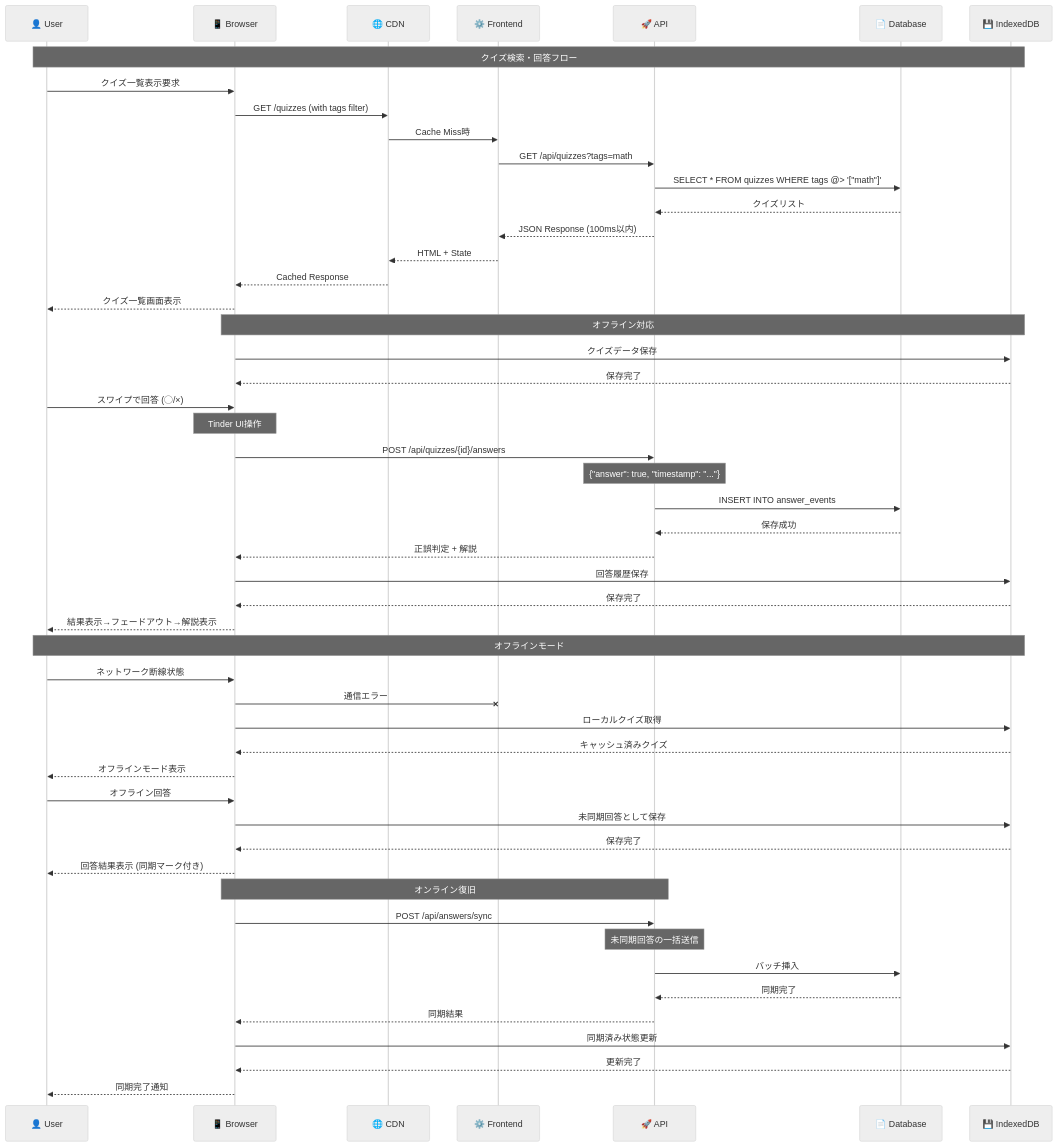
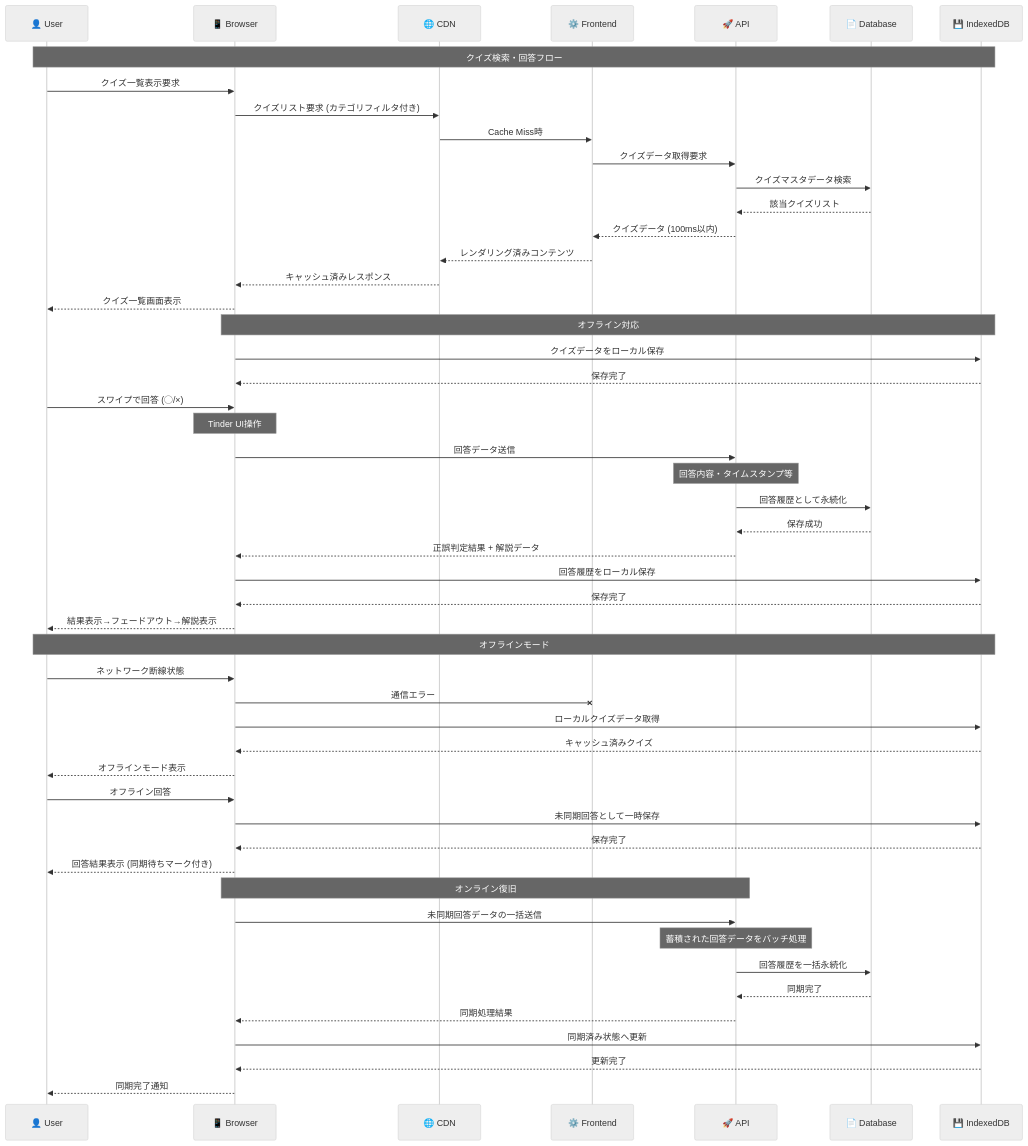
The diagram in docs/project/architecture/diagrams/quiz-flow.md (tanacchi/your-quiz), drawn with Mermaid (neutral theme) before and after one commit. The commit also changed 7 other files, not shown here.

````diff
--- a/docs/project/architecture/diagrams/quiz-flow.md
+++ b/docs/project/architecture/diagrams/quiz-flow.md
@@ -9,66 +9,66 @@
 ```mermaid
 sequenceDiagram
     participant U as 👤 User
     participant B as 📱 Browser
     participant C as 🌐 CDN
     participant F as ⚙️ Frontend
     participant A as 🚀 API
     participant D as 📄 Database
     participant I as 💾 IndexedDB
 
     Note over U,I: クイズ検索・回答フロー
 
     %% 1. クイズ一覧取得
     U->>B: クイズ一覧表示要求
-    B->>C: GET /quizzes (with tags filter)
+    B->>C: クイズリスト要求 (カテゴリフィルタ付き)
     C->>F: Cache Miss時
-    F->>A: GET /api/quizzes?tags=math
-    A->>D: SELECT * FROM quizzes WHERE tags @> '["math"]'
-    D-->>A: クイズリスト
-    A-->>F: JSON Response (100ms以内)
-    F-->>C: HTML + State
-    C-->>B: Cached Response
+    F->>A: クイズデータ取得要求
+    A->>D: クイズマスタデータ検索
+    D-->>A: 該当クイズリスト
+    A-->>F: クイズデータ (100ms以内)
+    F-->>C: レンダリング済みコンテンツ
+    C-->>B: キャッシュ済みレスポンス
     B-->>U: クイズ一覧画面表示
 
     %% 2. オフライン対応 (事前ダウンロード)
     Note over B,I: オフライン対応
-    B->>I: クイズデータ保存
+    B->>I: クイズデータをローカル保存
     I-->>B: 保存完了
 
     %% 3. クイズ回答
     U->>B: スワイプで回答 (◯/×)
     Note over B: Tinder UI操作
-    B->>A: POST /api/quizzes/{id}/answers
-    Note over A: {"answer": true, "timestamp": "..."}
-    A->>D: INSERT INTO answer_events
+    B->>A: 回答データ送信
+    Note over A: 回答内容・タイムスタンプ等
+    A->>D: 回答履歴として永続化
     D-->>A: 保存成功
-    A-->>B: 正誤判定 + 解説
-    B->>I: 回答履歴保存
+    A-->>B: 正誤判定結果 + 解説データ
+    B->>I: 回答履歴をローカル保存
     I-->>B: 保存完了
     B-->>U: 結果表示→フェードアウト→解説表示
 
     %% 4. オフライン時の動作
     Note over U,I: オフラインモード
     U->>B: ネットワーク断線状態
     B-xF: 通信エラー
-    B->>I: ローカルクイズ取得
+    B->>I: ローカルクイズデータ取得
     I-->>B: キャッシュ済みクイズ
     B-->>U: オフラインモード表示
 
     %% 5. 回答 (オフライン)
     U->>B: オフライン回答
-    B->>I: 未同期回答として保存
+    B->>I: 未同期回答として一時保存
     I-->>B: 保存完了
-    B-->>U: 回答結果表示 (同期マーク付き)
+    B-->>U: 回答結果表示 (同期待ちマーク付き)
 
     %% 6. オンライン復旧時同期
     Note over B,A: オンライン復旧
-    B->>A: POST /api/answers/sync
-    Note over A: 未同期回答の一括送信
-    A->>D: バッチ挿入
+    B->>A: 未同期回答データの一括送信
+    Note over A: 蓄積された回答データをバッチ処理
+    A->>D: 回答履歴を一括永続化
     D-->>A: 同期完了
-    A-->>B: 同期結果
-    B->>I: 同期済み状態更新
+    A-->>B: 同期処理結果
+    B->>I: 同期済み状態へ更新
     I-->>B: 更新完了
     B-->>U: 同期完了通知
 ```
````
